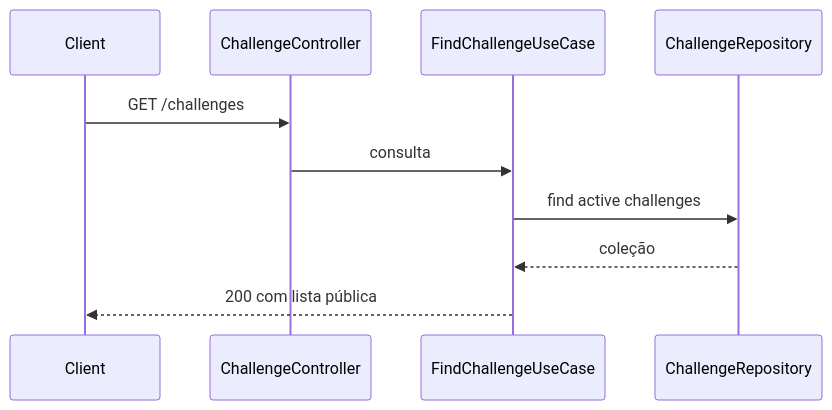
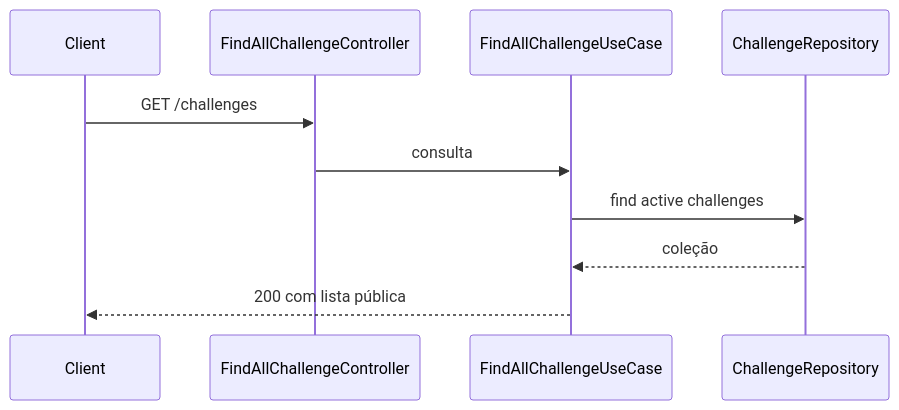
Before and after one commit to thaissacarvalho/Catalisa: the first of 2 diagrams in docs/flows/modules/challenges.md, drawn with Mermaid. The commit also changed other lines of this file and 18 other files, not shown here.

```diff
--- a/docs/flows/modules/challenges.md
+++ b/docs/flows/modules/challenges.md
@@ -5,12 +5,12 @@
 ~~~mermaid
 sequenceDiagram
   participant C as Client
-  participant CT as ChallengeController
-  participant UC as FindChallengeUseCase
+  participant CT as FindAllChallengeController
+  participant UC as FindAllChallengeUseCase
   participant R as ChallengeRepository
   C->>CT: GET /challenges
   CT->>UC: consulta
   UC->>R: find active challenges
   R-->>UC: coleção
   UC-->>C: 200 com lista pública
 ~~~
```
